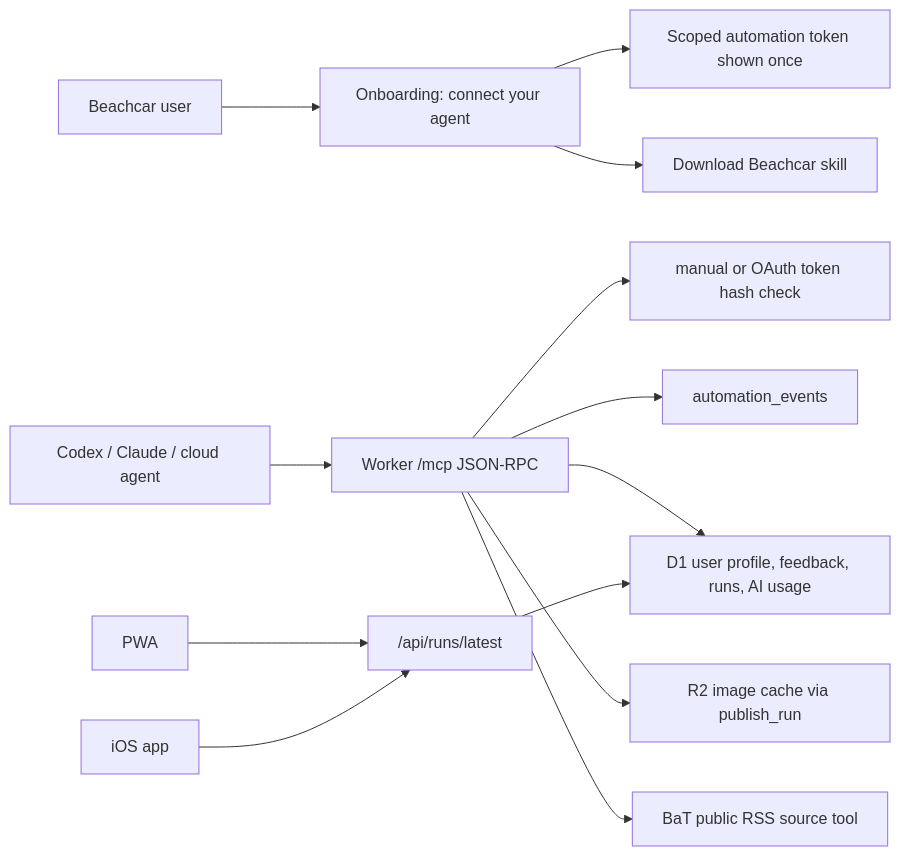
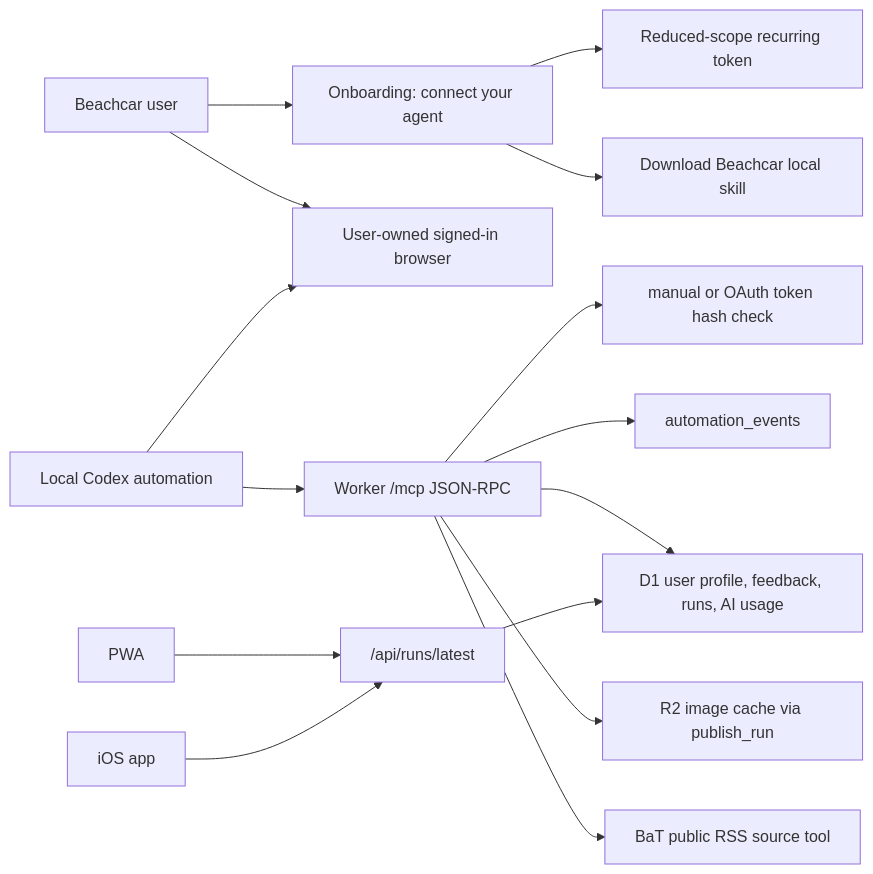
The diagram in docs/remote-mcp-friend-automation.md (joncooper/beachcar), drawn with Mermaid before and after one commit. The commit also changed other lines of this file and 18 other files, not shown here.

Commit message:
Prove the local Codex loop

````diff
--- a/docs/remote-mcp-friend-automation.md
+++ b/docs/remote-mcp-friend-automation.md
@@ -15,15 +15,17 @@
 ```mermaid
 flowchart LR
   User["Beachcar user"] --> Settings["Onboarding: connect your agent"]
-  Settings --> Token["Scoped automation token shown once"]
-  Settings --> Skill["Download Beachcar skill"]
-  Agent["Codex / Claude / cloud agent"] --> MCP["Worker /mcp JSON-RPC"]
+  Settings --> Token["Reduced-scope recurring token"]
+  Settings --> Skill["Download Beachcar local skill"]
+  User --> Browser["User-owned signed-in browser"]
+  Agent["Local Codex automation"] --> Browser
+  Agent --> MCP["Worker /mcp JSON-RPC"]
   MCP --> Auth["manual or OAuth token hash check"]
   MCP --> Events["automation_events"]
   MCP --> D1["D1 user profile, feedback, runs, AI usage"]
   MCP --> R2["R2 image cache via publish_run"]
   MCP --> BaT["BaT public RSS source tool"]
   Web["PWA"] --> Latest["/api/runs/latest"]
   iOS["iOS app"] --> Latest
   Latest --> D1
 ```
````
